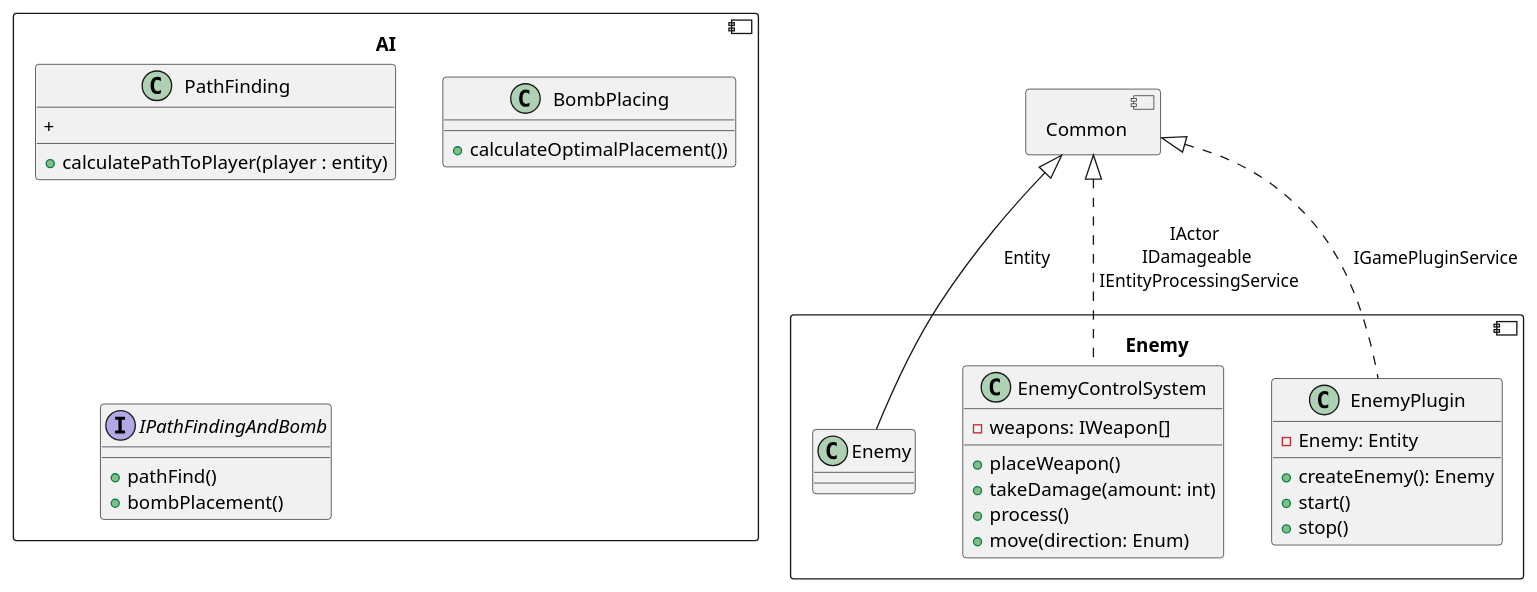
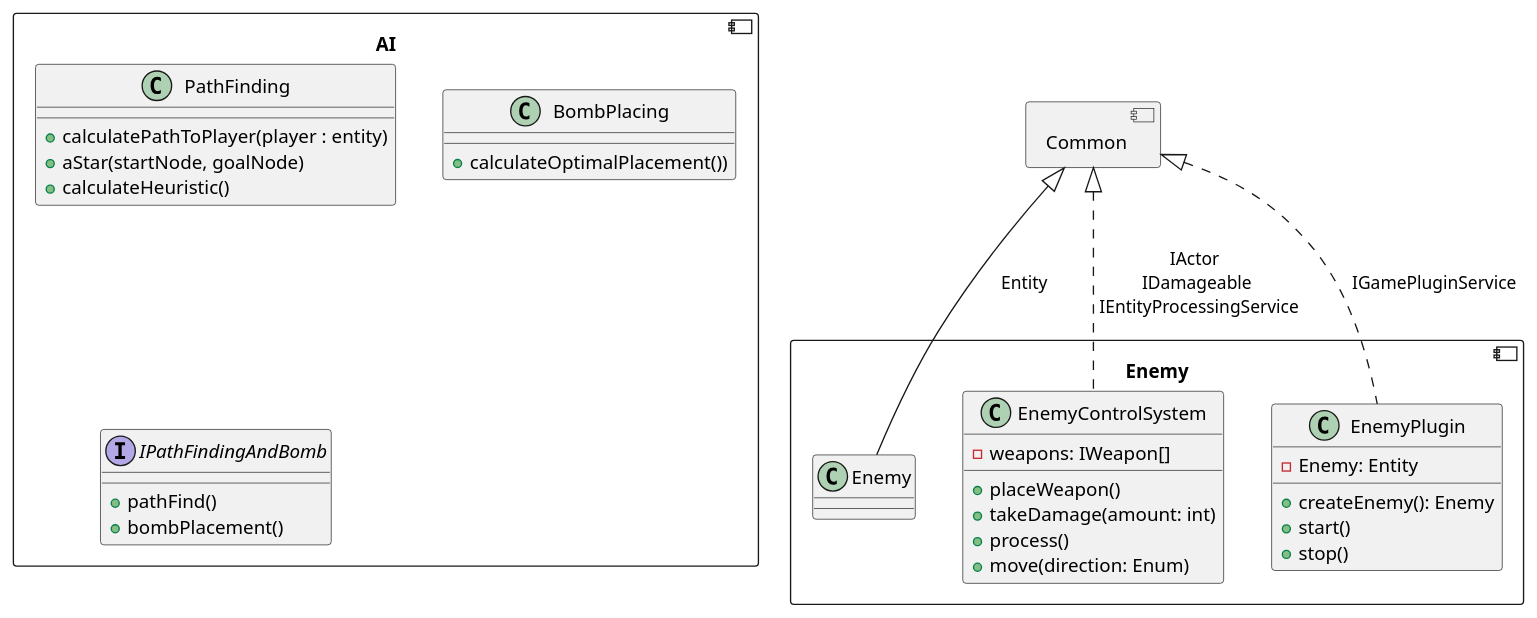
One commit to TidosDK/boom-battle changed the diagram in Documentation/enemy_design.puml. Above: the diagram before and after it, drawn with PlantUML.

Commit message:
More methodes
added more methodes for the path finding class

```diff
--- a/Documentation/enemy_design.puml
+++ b/Documentation/enemy_design.puml
@@ -1,46 +1,50 @@
 @startuml
 component Common {
 }
 
 component Enemy {
     class Enemy {
     }
 
     class EnemyControlSystem {
     - weapons: IWeapon[]
     + placeWeapon()
     + takeDamage(amount: int)
     + process()
     + move(direction: Enum)
     }
 
     class EnemyPlugin {
     - Enemy: Entity
     + createEnemy(): Enemy
     + start()
     + stop()
     }
 
 
     skinparam SequenceMessageAlign center
     Common <|-- Enemy.Enemy: Entity
     Common <|.. Enemy.EnemyControlSystem: IActor \n IDamageable \n IEntityProcessingService
     Common <|.. Enemy.EnemyPlugin: IGamePluginService
 }
 
 component AI{
     class PathFinding{
     + calculatePathToPlayer(player : entity)
-    +
+    'maybe Greedy Best-First Search
+    + aStar(startNode, goalNode)
+    + calculateHeuristic()
     }
+
     class BombPlacing {
     + calculateOptimalPlacement())
     }
+
     interface IPathFindingAndBomb{
     + pathFind()
     + bombPlacement()
     }
 }
 
 
 @enduml
```
